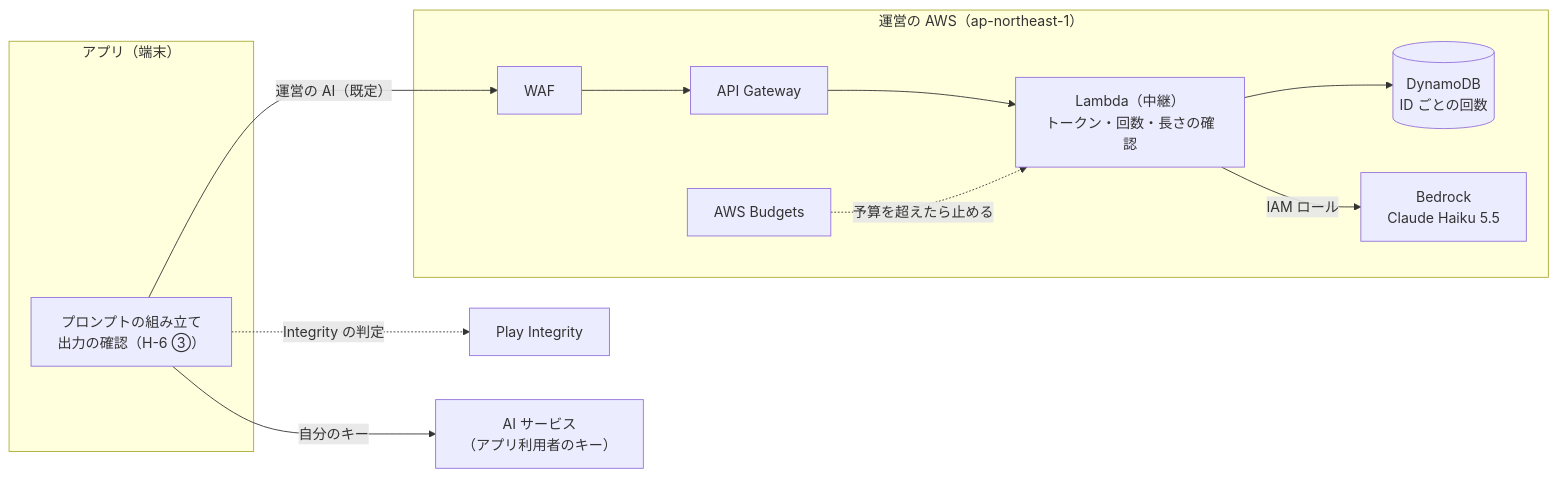
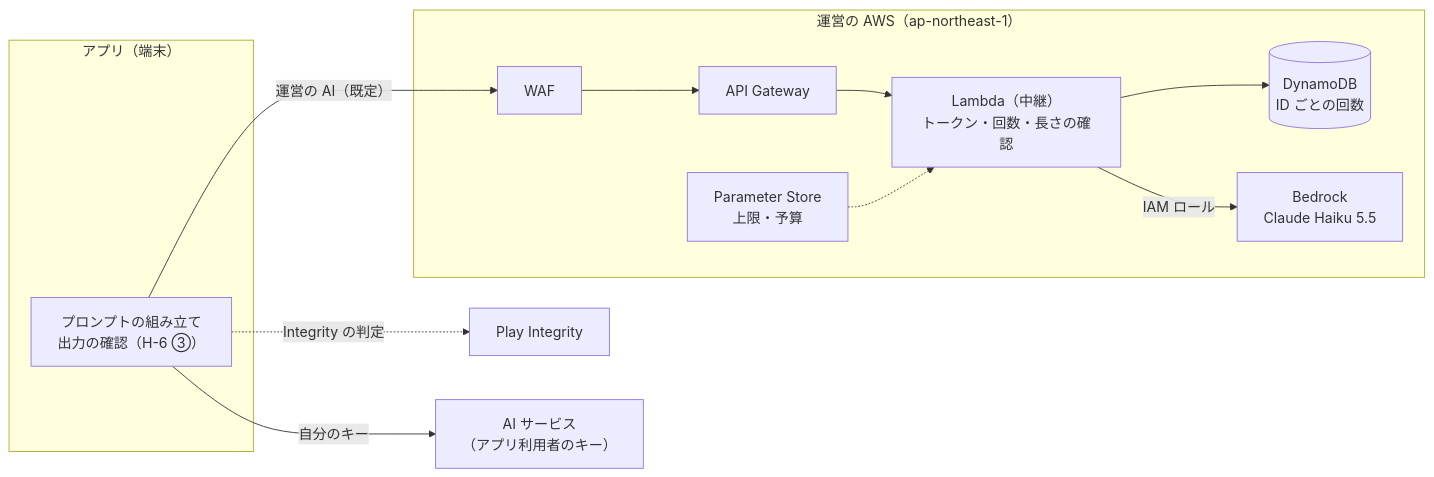
One commit to duwenji/yorisoi-platform changed the diagram in docs/decisions/ADR-AI-RELAY.md. Above: the diagram before and after it, drawn with Mermaid. The commit also changed other lines of this file, not shown here.

````diff
--- a/docs/decisions/ADR-AI-RELAY.md
+++ b/docs/decisions/ADR-AI-RELAY.md
@@ -92,17 +92,17 @@
 ```mermaid
 flowchart LR
   subgraph APP["アプリ（端末）"]
     P["プロンプトの組み立て<br/>出力の確認（H-6 ③）"]
   end
   subgraph AWS["運営の AWS（ap-northeast-1）"]
     WAF["WAF"] --> GW["API Gateway"] --> L["Lambda（中継）<br/>トークン・回数・長さの確認"]
     L --> DB[("DynamoDB<br/>ID ごとの回数")]
     L -- "IAM ロール" --> BR["Bedrock<br/>Claude Haiku 5.5"]
-    BUD["AWS Budgets"] -. "予算を超えたら止める" .-> L
+    PS["Parameter Store<br/>上限・予算"] -.-> L
   end
   PI["Play Integrity"]
   AIS["AI サービス<br/>（アプリ利用者のキー）"]
   P -- "運営の AI（既定）" --> WAF
   P -. "Integrity の判定" .-> PI
   P -- "自分のキー" --> AIS
 ```
````
